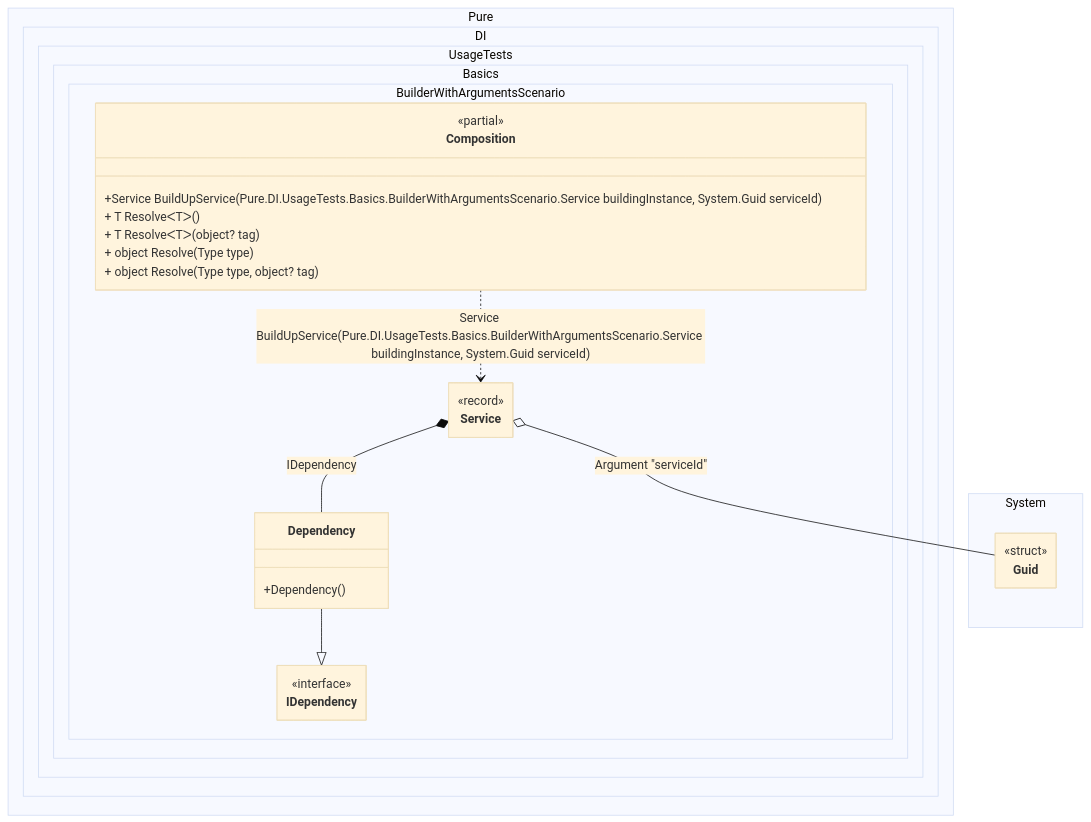
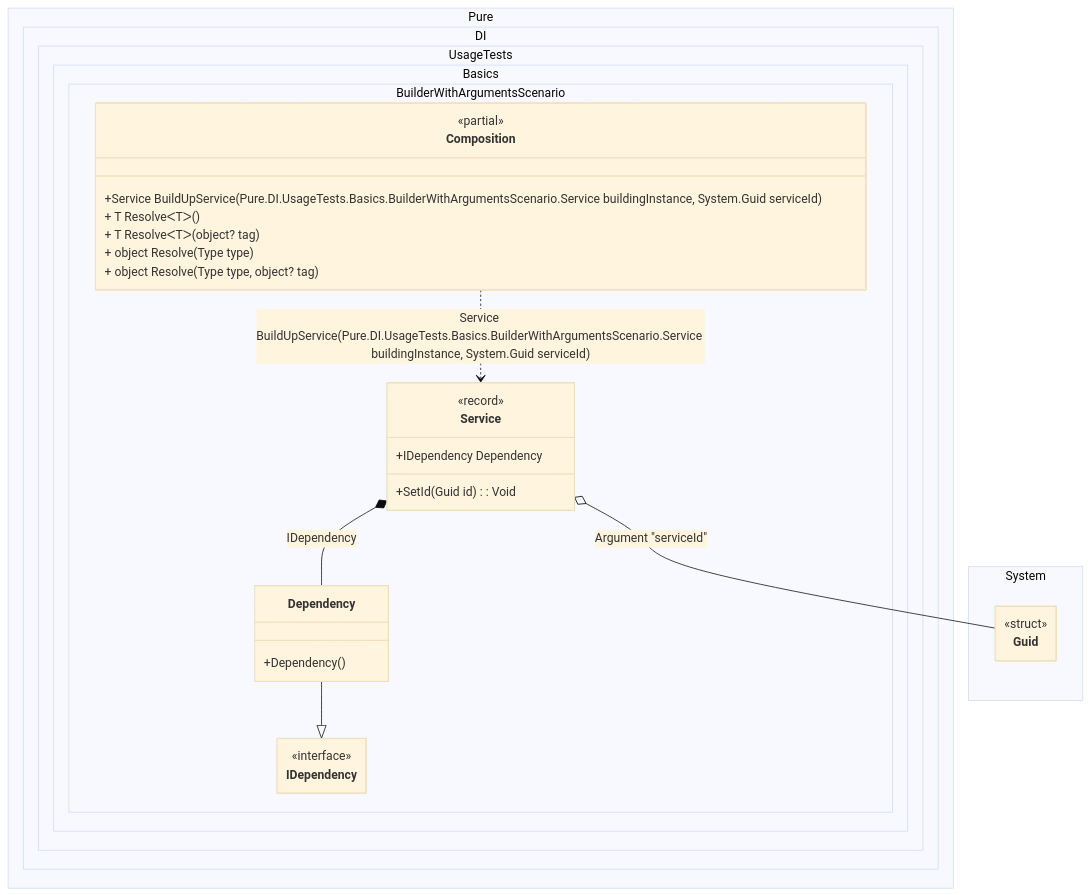
One commit to DevTeam/Pure.DI changed the diagram in readme/builder-with-arguments.md. Above: the diagram before and after it, drawn with Mermaid (base theme). The commit also changed 113 other files, not shown here.

````diff
--- a/readme/builder-with-arguments.md
+++ b/readme/builder-with-arguments.md
@@ -151,36 +151,38 @@
 ```mermaid
 ---
  config:
   class:
    hideEmptyMembersBox: true
 ---
 classDiagram
 	Dependency --|> IDependency
 	Composition ..> Service : Service BuildUpService(Pure.DI.UsageTests.Basics.BuilderWithArgumentsScenario.Service buildingInstance, System.Guid serviceId)
+	Service o-- Guid : Argument "serviceId"
 	Service *--  Dependency : IDependency
-	Service o-- Guid : Argument "serviceId"
 	namespace Pure.DI.UsageTests.Basics.BuilderWithArgumentsScenario {
 		class Composition {
 		<<partial>>
 		+Service BuildUpService(Pure.DI.UsageTests.Basics.BuilderWithArgumentsScenario.Service buildingInstance, System.Guid serviceId)
 		+ T ResolveᐸTᐳ()
 		+ T ResolveᐸTᐳ(object? tag)
 		+ object Resolve(Type type)
 		+ object Resolve(Type type, object? tag)
 		}
 		class Dependency {
 			+Dependency()
 		}
 		class IDependency {
 			<<interface>>
 		}
 		class Service {
-			<<record>>
+				<<record>>
+			+IDependency Dependency
+			+SetId(Guid id) : Void
 		}
 	}
 	namespace System {
 		class Guid {
 				<<struct>>
 		}
 	}
 ```
````
